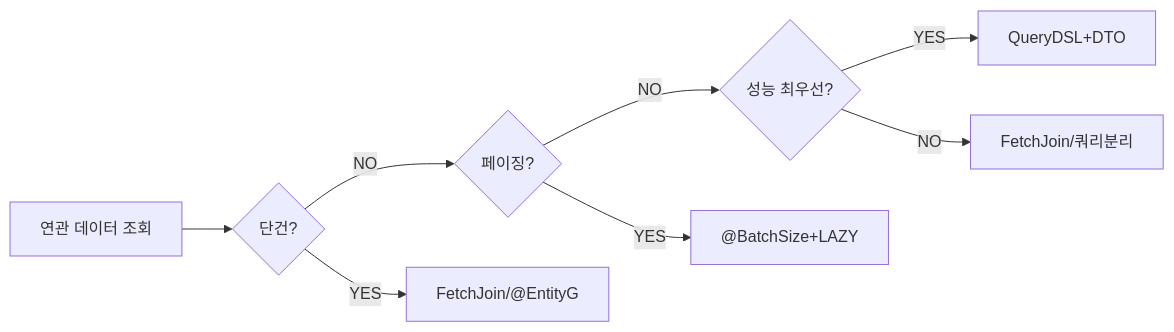
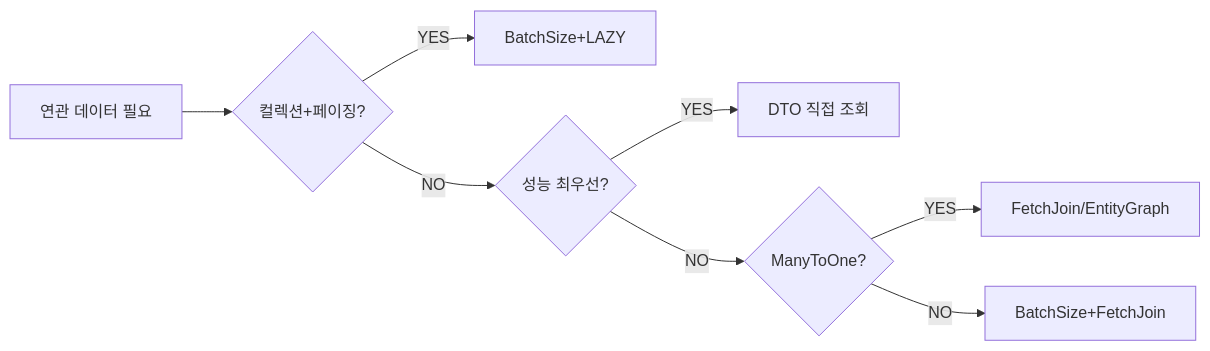
One commit to yjkim2015/yjkim2015.github.io changed the fourth of 4 diagrams in _posts/jpa/2026-05-01-jpa-n-plus-1.md. Above: the diagram before and after it, drawn with Mermaid. The commit also changed other lines of this file and 4 other files, not shown here.

````diff
--- a/_posts/jpa/2026-05-01-jpa-n-plus-1.md
+++ b/_posts/jpa/2026-05-01-jpa-n-plus-1.md
@@ -624,14 +1310,10 @@
 ```mermaid
 graph LR
-    S["연관 데이터 조회"]
-    Q1{"단건?"}
-    Q2{"페이징?"}
-    Q3{"성능 최우선?"}
-    S --> Q1
-    Q1 -->|YES| A1["FetchJoin/@EntityG"]
-    Q1 -->|NO| Q2
-    Q2 -->|YES| A2["@BatchSize+LAZY"]
-    Q2 -->|NO| Q3
-    Q3 -->|YES| A3["QueryDSL+DTO"]
-    Q3 -->|NO| A4["FetchJoin/쿼리분리"]
+    A["연관 데이터 필요"] --> B{"컬렉션+페이징?"}
+    B -->|YES| C["BatchSize+LAZY"]
+    B -->|NO| D{"성능 최우선?"}
+    D -->|YES| E["DTO 직접 조회"]
+    D -->|NO| F{"ManyToOne?"}
+    F -->|YES| G["FetchJoin/EntityGraph"]
+    F -->|NO| H["BatchSize+FetchJoin"]
 ```
````
